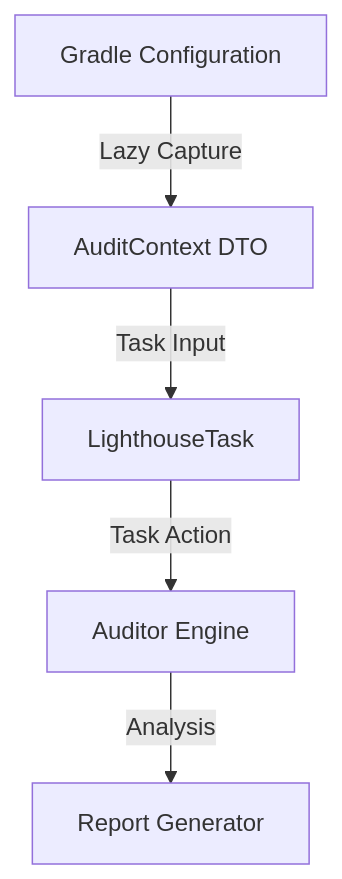
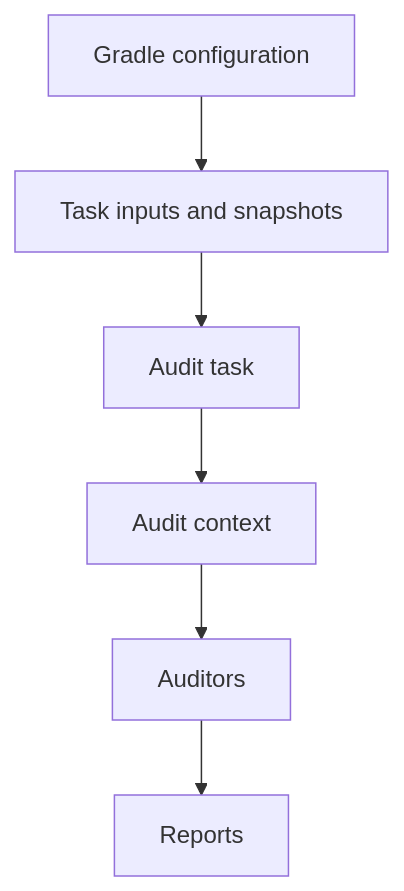
One commit to dev-vikas-soni/gradle-lighthouse changed the diagram in docs/concepts/snapshot-architecture.md. Above: the diagram before and after it, drawn with Mermaid. The commit also changed other lines of this file, not shown here.

````diff
--- a/docs/concepts/snapshot-architecture.md
+++ b/docs/concepts/snapshot-architecture.md
@@ -14,7 +12,8 @@
 ```mermaid
 graph TD
-    A[Gradle Configuration] -->|Lazy Capture| B[AuditContext DTO]
-    B -->|Task Input| C[LighthouseTask]
-    C -->|Task Action| D[Auditor Engine]
-    D -->|Analysis| E[Report Generator]
+    A[Gradle configuration] --> B[Task inputs and snapshots]
+    B --> C[Audit task]
+    C --> D[Audit context]
+    D --> E[Auditors]
+    E --> F[Reports]
 ```
````
